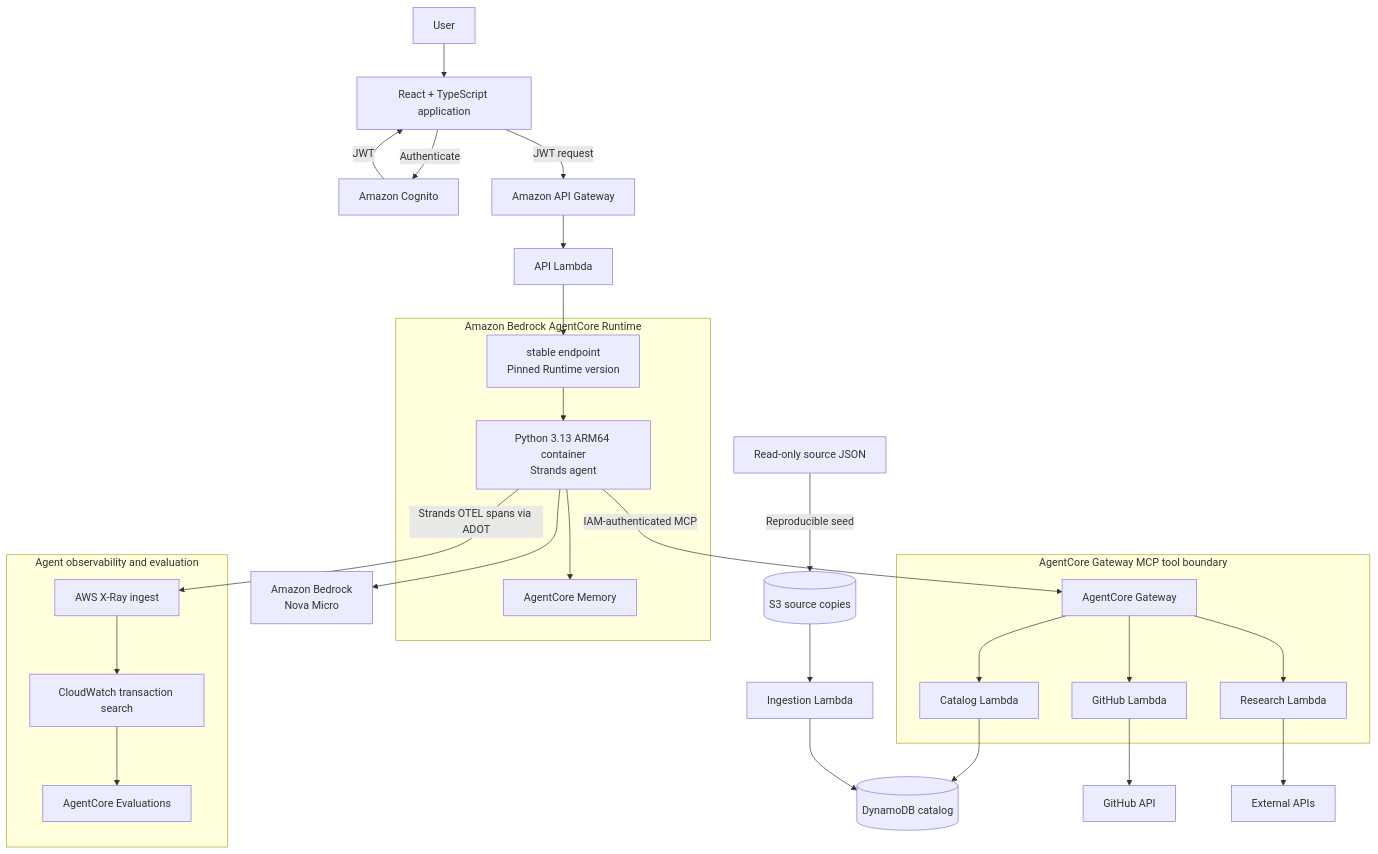
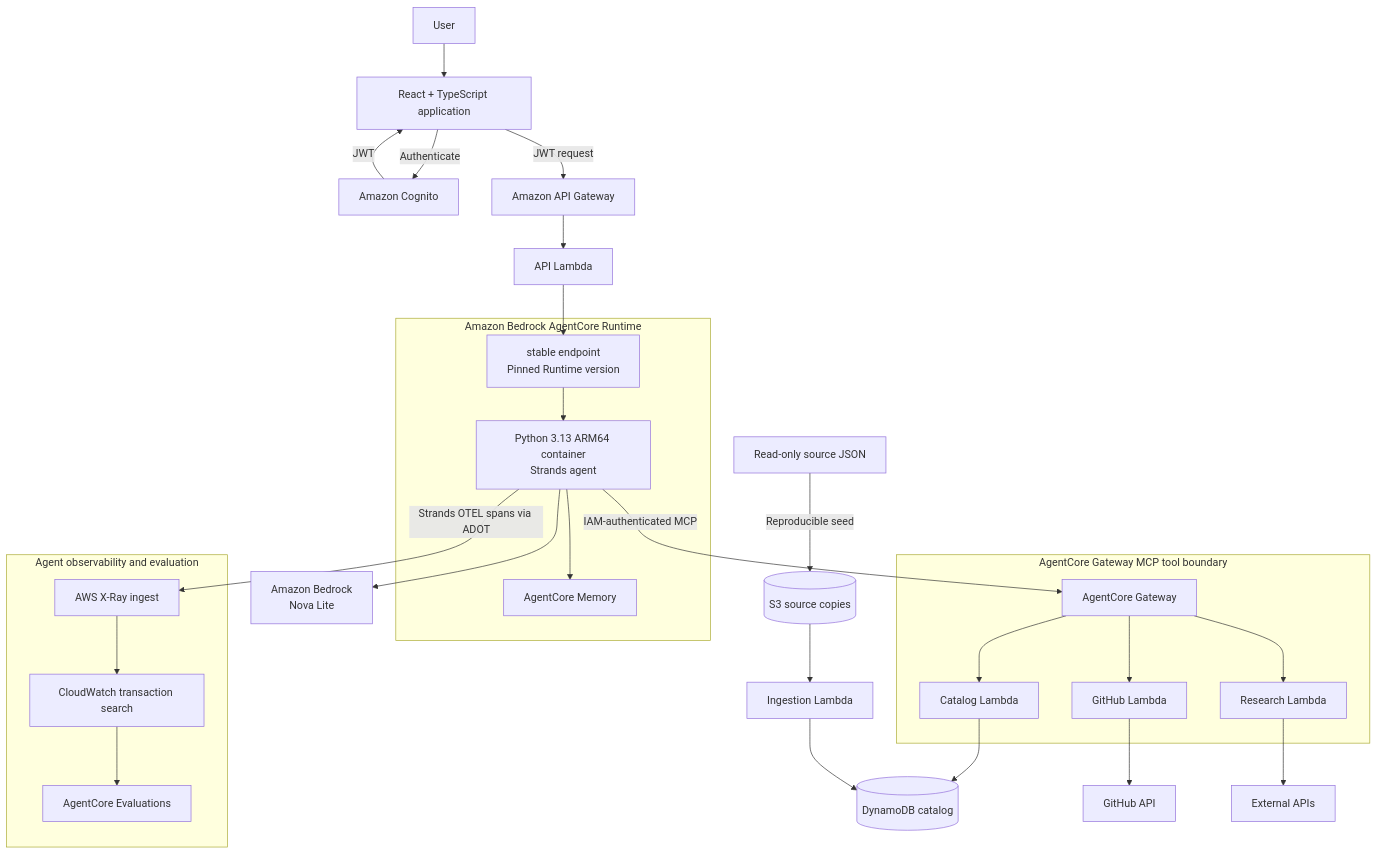
Before and after one commit to barrettotte/praxis: the diagram in README.md, drawn with Mermaid. The commit also changed 17 other files, not shown here.

Commit message:
switch to Nova Lite for default model

````diff
--- a/README.md
+++ b/README.md
@@ -9,47 +9,47 @@
 ```mermaid
 flowchart TD
     user[User] --> ui[React + TypeScript application]
     ui -->|Authenticate| cognito[Amazon Cognito]
     cognito -->|JWT| ui
     ui -->|JWT request| apiGateway[Amazon API Gateway]
     apiGateway --> apiLambda[API Lambda]
 
     subgraph runtime[Amazon Bedrock AgentCore Runtime]
         runtimeEndpoint[stable endpoint<br/>Pinned Runtime version]
         agent[Python 3.13 ARM64 container<br/>Strands agent]
         memory[AgentCore Memory]
         runtimeEndpoint --> agent
         agent --> memory
     end
 
     apiLambda --> runtimeEndpoint
-    agent --> bedrock[Amazon Bedrock<br/>Nova Micro]
+    agent --> bedrock[Amazon Bedrock<br/>Nova Lite]
 
     subgraph observability[Agent observability and evaluation]
         xray[AWS X-Ray ingest]
         cloudwatch[CloudWatch transaction search]
         evaluations[AgentCore Evaluations]
         xray --> cloudwatch --> evaluations
     end
 
     agent -->|Strands OTEL spans via ADOT| xray
 
     subgraph tools[AgentCore Gateway MCP tool boundary]
         gateway[AgentCore Gateway]
         catalogLambda[Catalog Lambda]
         githubLambda[GitHub Lambda]
         researchLambda[Research Lambda]
         gateway --> catalogLambda
         gateway --> githubLambda
         gateway --> researchLambda
     end
 
     agent -->|IAM-authenticated MCP| gateway
     catalogLambda --> catalog[(DynamoDB catalog)]
     githubLambda --> github[GitHub API]
     researchLambda --> external[External APIs]
 
     sources[Read-only source JSON] -->|Reproducible seed| sourceBucket[(S3 source copies)]
     sourceBucket --> ingestion[Ingestion Lambda]
     ingestion --> catalog
 ```
````
